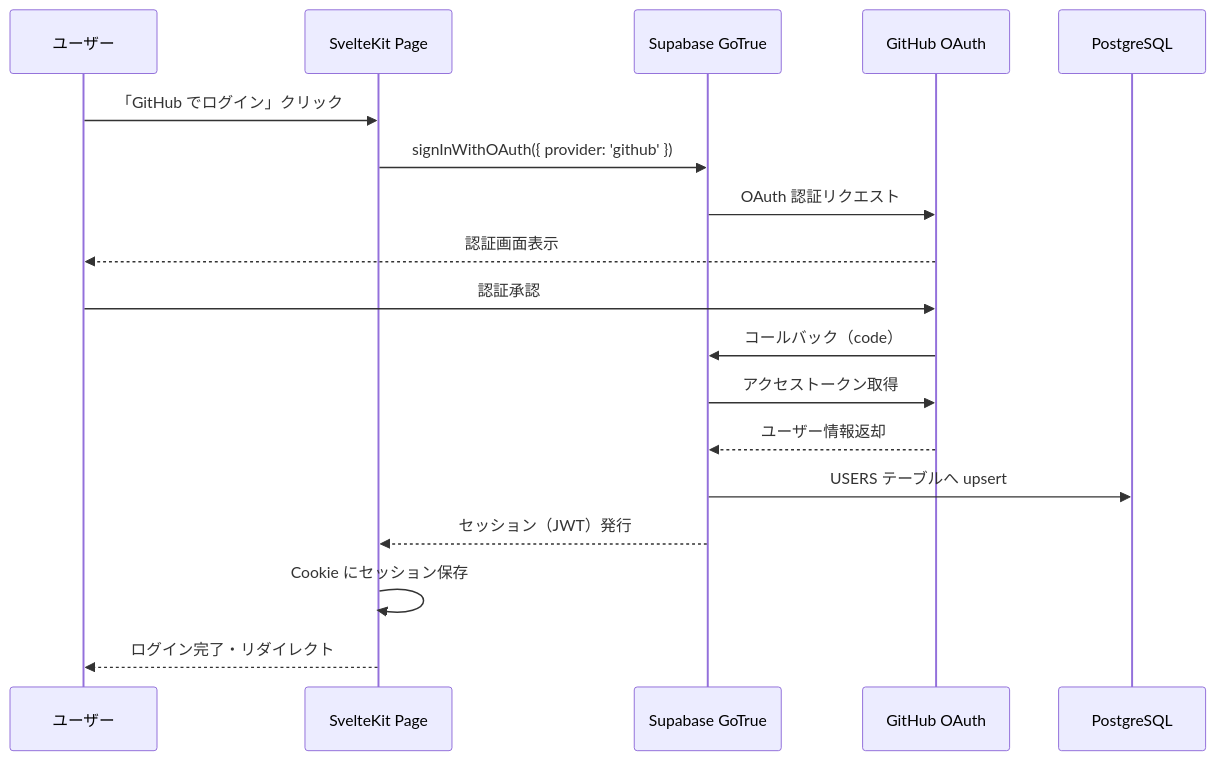
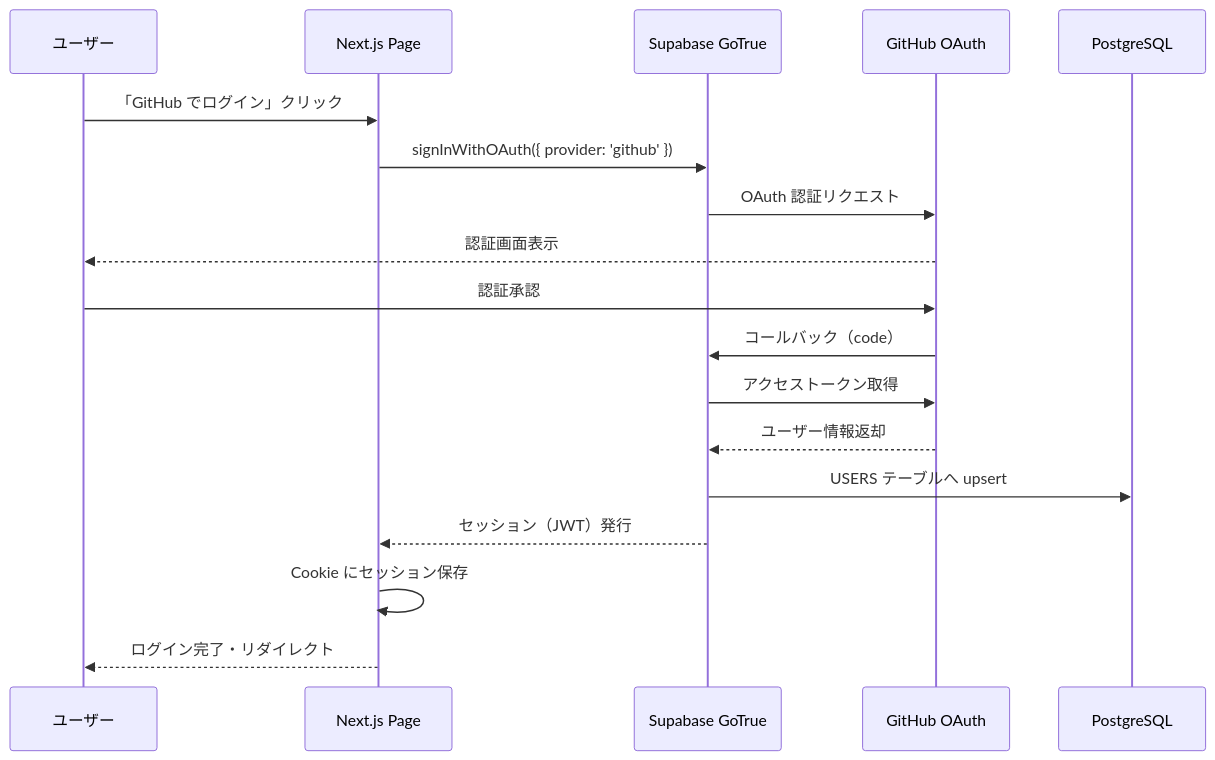
Before and after one commit to techub-organization/tech-atrium-wiki: the fifth of 5 diagrams in docs/design.md, drawn with Mermaid. The commit also changed other lines of this file and 3 other files, not shown here.

````diff
--- a/docs/design.md
+++ b/docs/design.md
@@ -433,21 +433,21 @@
 ```mermaid
 sequenceDiagram
     participant User as ユーザー
-    participant SvelteKit as SvelteKit Page
+    participant Next as Next.js Page
     participant GoTrue as Supabase GoTrue
     participant GitHub as GitHub OAuth
     participant DB as PostgreSQL
 
-    User->>SvelteKit: 「GitHub でログイン」クリック
-    SvelteKit->>GoTrue: signInWithOAuth({ provider: 'github' })
+    User->>Next: 「GitHub でログイン」クリック
+    Next->>GoTrue: signInWithOAuth({ provider: 'github' })
     GoTrue->>GitHub: OAuth 認証リクエスト
     GitHub-->>User: 認証画面表示
     User->>GitHub: 認証承認
     GitHub->>GoTrue: コールバック（code）
     GoTrue->>GitHub: アクセストークン取得
     GitHub-->>GoTrue: ユーザー情報返却
     GoTrue->>DB: USERS テーブルへ upsert
-    GoTrue-->>SvelteKit: セッション（JWT）発行
-    SvelteKit->>SvelteKit: Cookie にセッション保存
-    SvelteKit-->>User: ログイン完了・リダイレクト
+    GoTrue-->>Next: セッション（JWT）発行
+    Next->>Next: Cookie にセッション保存
+    Next-->>User: ログイン完了・リダイレクト
 ```
````
